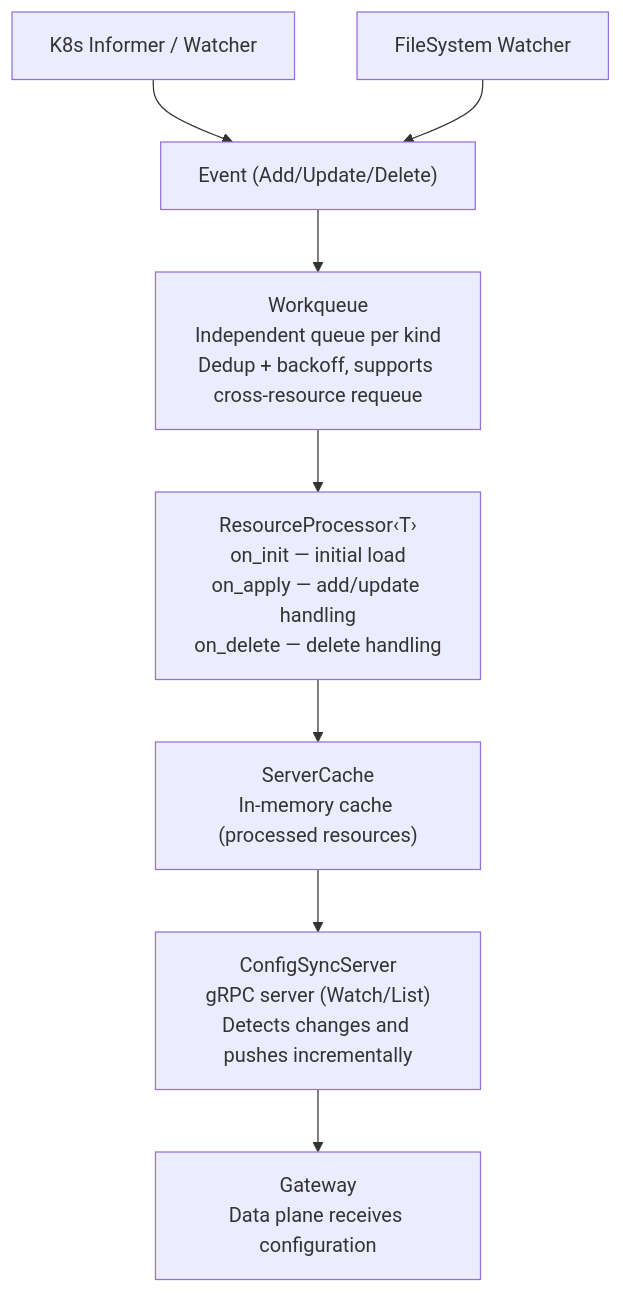
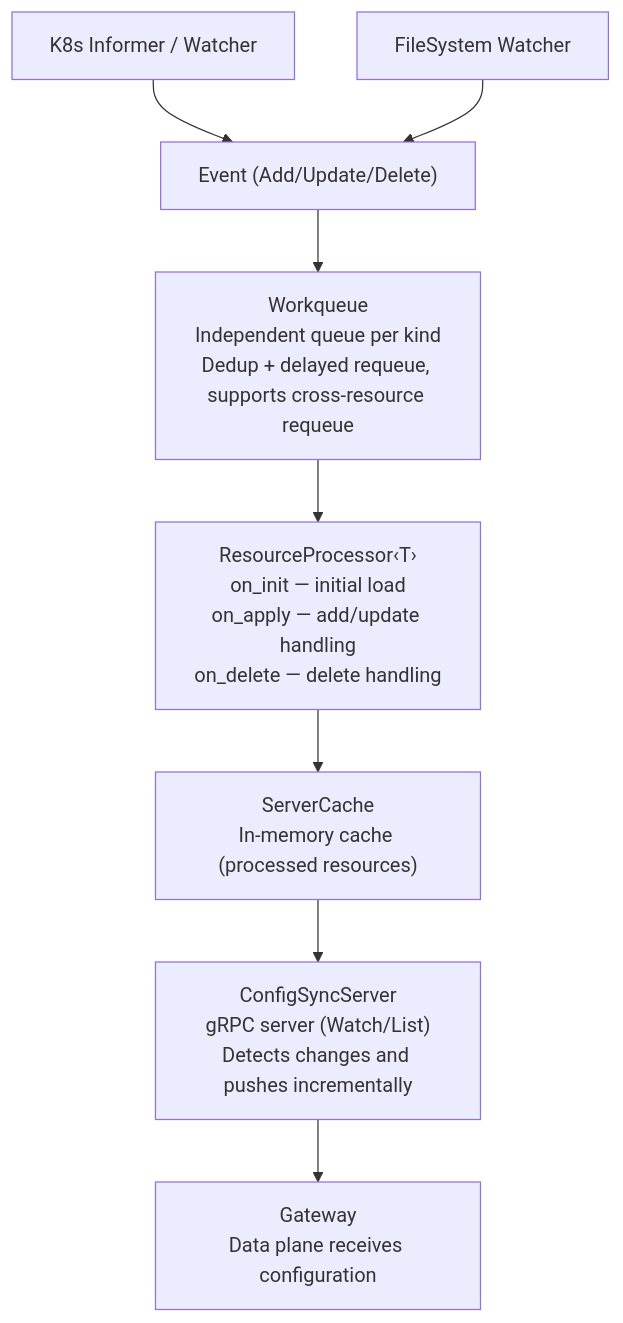
The diagram in skills/01-architecture/01-controller/00-overview.md (Pandaala/Edgion), drawn with Mermaid before and after one commit. The commit also changed other lines of this file and 4788 other files, not shown here.

````diff
--- a/skills/01-architecture/01-controller/00-overview.md
+++ b/skills/01-architecture/01-controller/00-overview.md
@@ -160,10 +159,10 @@
 ```mermaid
 flowchart TD
     A["K8s Informer / Watcher"] --> C["Event (Add/Update/Delete)"]
     B["FileSystem Watcher"] --> C
-    C --> D["Workqueue\nIndependent queue per kind\nDedup + backoff, supports cross-resource requeue"]
+    C --> D["Workqueue\nIndependent queue per kind\nDedup + delayed requeue, supports cross-resource requeue"]
     D --> E["ResourceProcessor‹T›\non_init — initial load\non_apply — add/update handling\non_delete — delete handling"]
     E --> F["ServerCache\nIn-memory cache (processed resources)"]
     F --> G["ConfigSyncServer\ngRPC server (Watch/List)\nDetects changes and pushes incrementally"]
     G --> H["Gateway\nData plane receives configuration"]
 ```
````
